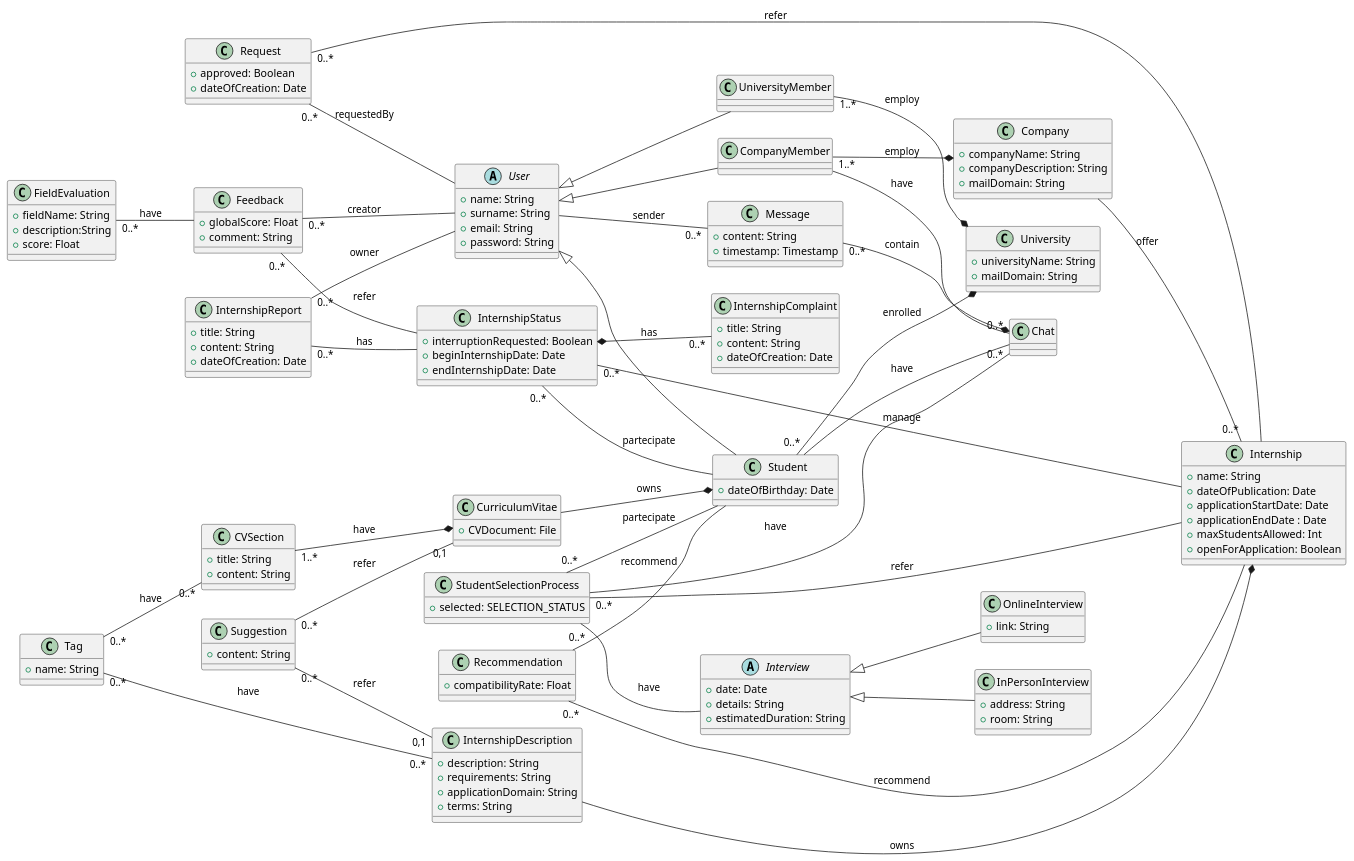
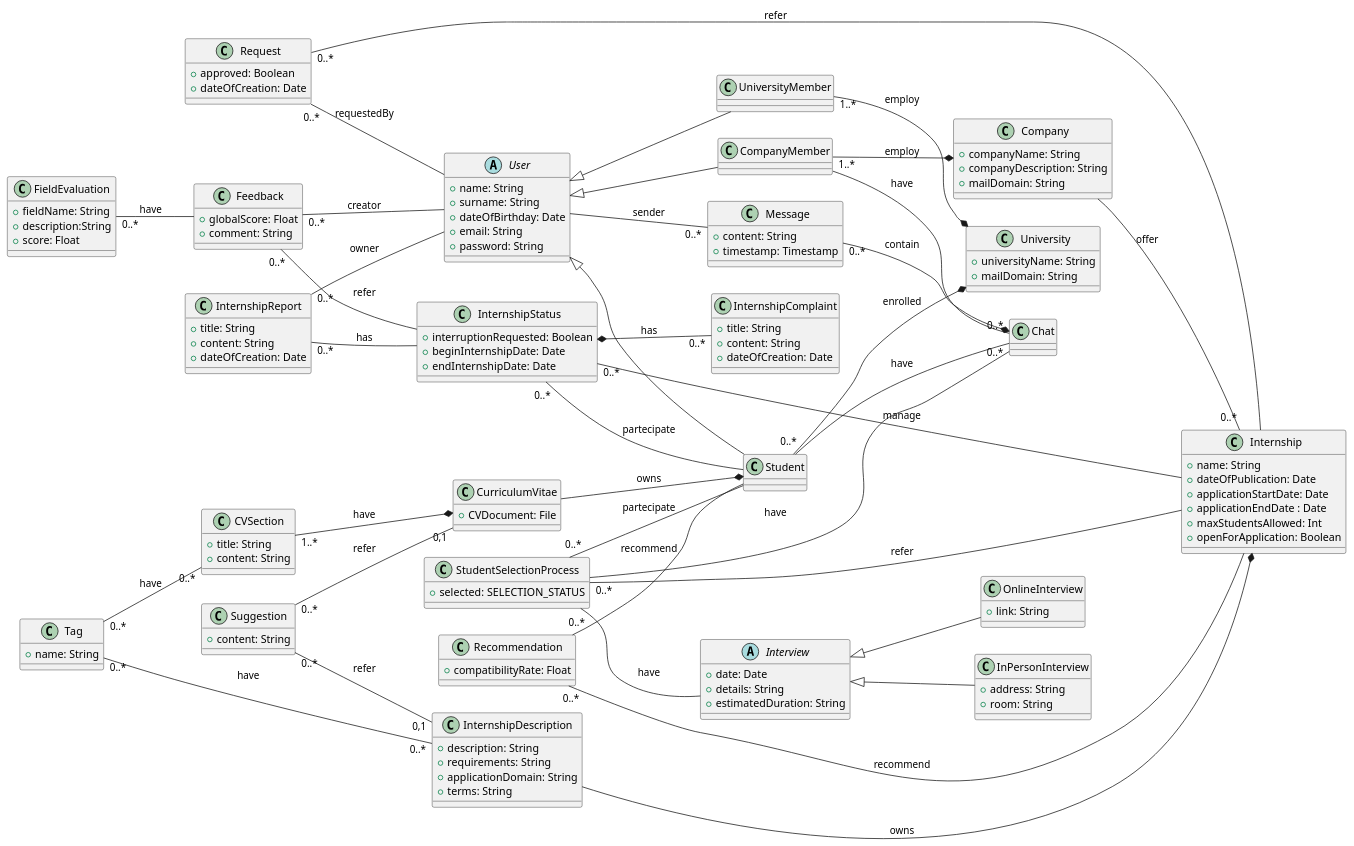
The diagram in RASD/Overall_description/uml_diagrams/class_diagram.puml (matti8702/R_and_DD_project_SE2), drawn with PlantUML before and after one commit. The commit also changed other lines of this file, not shown here.

Commit message:
fix: fix to class-diagram

```diff
--- a/RASD/Overall_description/uml_diagrams/class_diagram.puml
+++ b/RASD/Overall_description/uml_diagrams/class_diagram.puml
@@ -1,167 +1,167 @@
 @startuml class_diagram
 left to right direction
 
 abstract class User{
     + name: String
     + surname: String
+    + dateOfBirthday: Date
     + email: String
     + password: String
 }
 
 class Student extends User{
-    + dateOfBirthday: Date
 }
 Student "0..*" --* University : enrolled
 
 class CompanyMember extends User{
 
 }
 CompanyMember "1..*" --* Company : employ
 
 class UniversityMember extends User{
 
 }
 UniversityMember "1..*" --* University : employ
 
 class University{
     + universityName: String 
     + mailDomain: String
 }
 
 class Company{
     + companyName: String
     + companyDescription: String
     + mailDomain: String
 }
 
 class Internship{
     + name: String
     + dateOfPublication: Date
     + applicationStartDate: Date
     + applicationEndDate : Date
     + maxStudentsAllowed: Int
     + openForApplication: Boolean
 }
 Company -- "0..*" Internship : offer
 
 class InternshipDescription{
     + description: String
     + requirements: String
     + applicationDomain: String
     + terms: String
 }
 InternshipDescription --* Internship : owns
 
 class InternshipStatus{
     + interruptionRequested: Boolean
     + beginInternshipDate: Date
     + endInternshipDate: Date
 }
 InternshipStatus "0..*" -- Student : partecipate
 InternshipStatus "0..*" -- Internship : manage
 InternshipStatus *-- "0..*" InternshipComplaint : has
 
 class InternshipComplaint{
     + title: String
     + content: String
     + dateOfCreation: Date
 }
 
 class InternshipReport{
     + title: String
     + content: String
     + dateOfCreation: Date
 }
 InternshipReport "0..*" -- InternshipStatus : has
 InternshipReport "0..*" -- User : owner
 
 class Request{
     + approved: Boolean 
     + dateOfCreation: Date
 }
 Request "0..*" -- Internship : refer
 Request "0..*" -- User : requestedBy
 
 class StudentSelectionProcess{
     + selected: SELECTION_STATUS
 }
 
 StudentSelectionProcess "0..*" -- Student : partecipate
 StudentSelectionProcess "0..*" -- Internship : refer
 StudentSelectionProcess -- Chat : have
 StudentSelectionProcess -- Interview : have
 
 abstract class Interview{
     + date: Date
     + details: String
     + estimatedDuration: String
 }
 
 class OnlineInterview extends Interview{
     + link: String
 }
 
 class InPersonInterview extends Interview{
     + address: String
     + room: String
 }
 
 class Feedback {
     + globalScore: Float
     + comment: String
 }
 
 Feedback "0..*" -- InternshipStatus : refer
 Feedback "0..*" -- User : creator
 
 class FieldEvaluation{
     + fieldName: String
     + description:String
     + score: Float
 }
 FieldEvaluation "0..*" -- Feedback : have
 
 class Suggestion{
     + content: String
 }
 Suggestion "0..*" -- "0,1" CurriculumVitae : refer
 Suggestion "0..*" -- "0,1" InternshipDescription : refer
 
 class Recommendation{
     + compatibilityRate: Float
 }
 Recommendation "0..*" -- Internship : recommend
 Recommendation "0..*" -- Student : recommend
 
 class Chat{
 }
 
 class Message{
     + content: String
     + timestamp: Timestamp
 }
 
 User -- "0..*"  Message : sender
 
 Message "0..*" --* Chat : contain
 Student -- "0..*"  Chat : have
 CompanyMember -- "0..*"  Chat : have
 
 class CurriculumVitae{
     + CVDocument: File
 }
 CurriculumVitae --* Student : owns
 
 class CVSection{
     + title: String
     + content: String
 }
 CVSection "1..*" --* CurriculumVitae : have
 
 class Tag{
     + name: String
 }
 Tag "0..*" -- "0..*" CVSection : have
 Tag "0..*" -- "0..*" InternshipDescription : have
 
 @enduml
```
